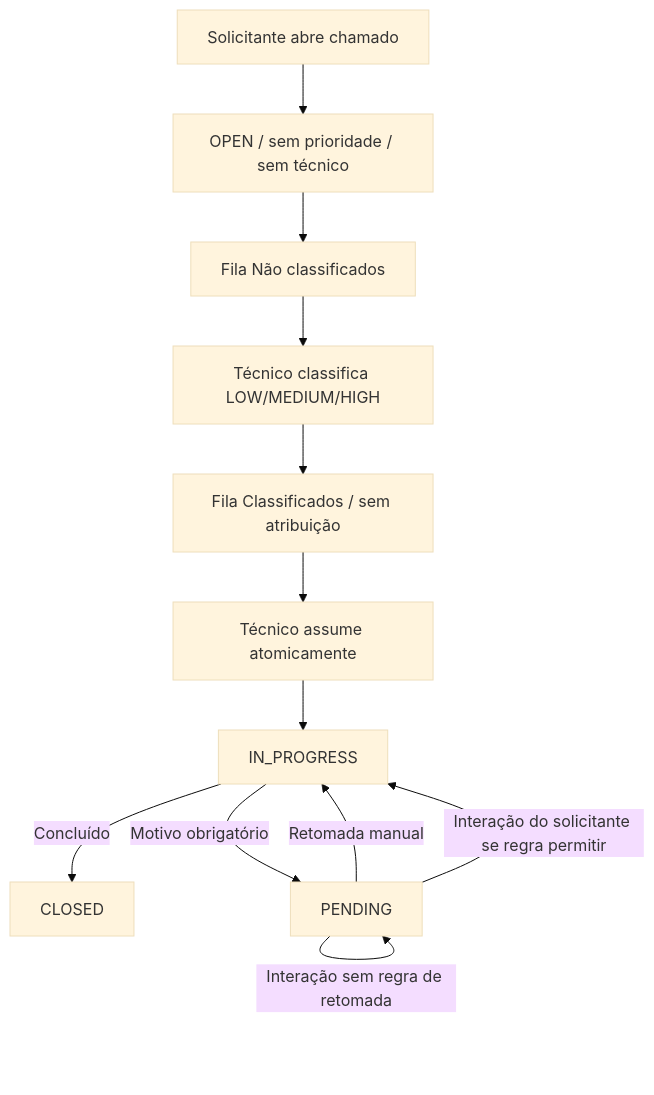
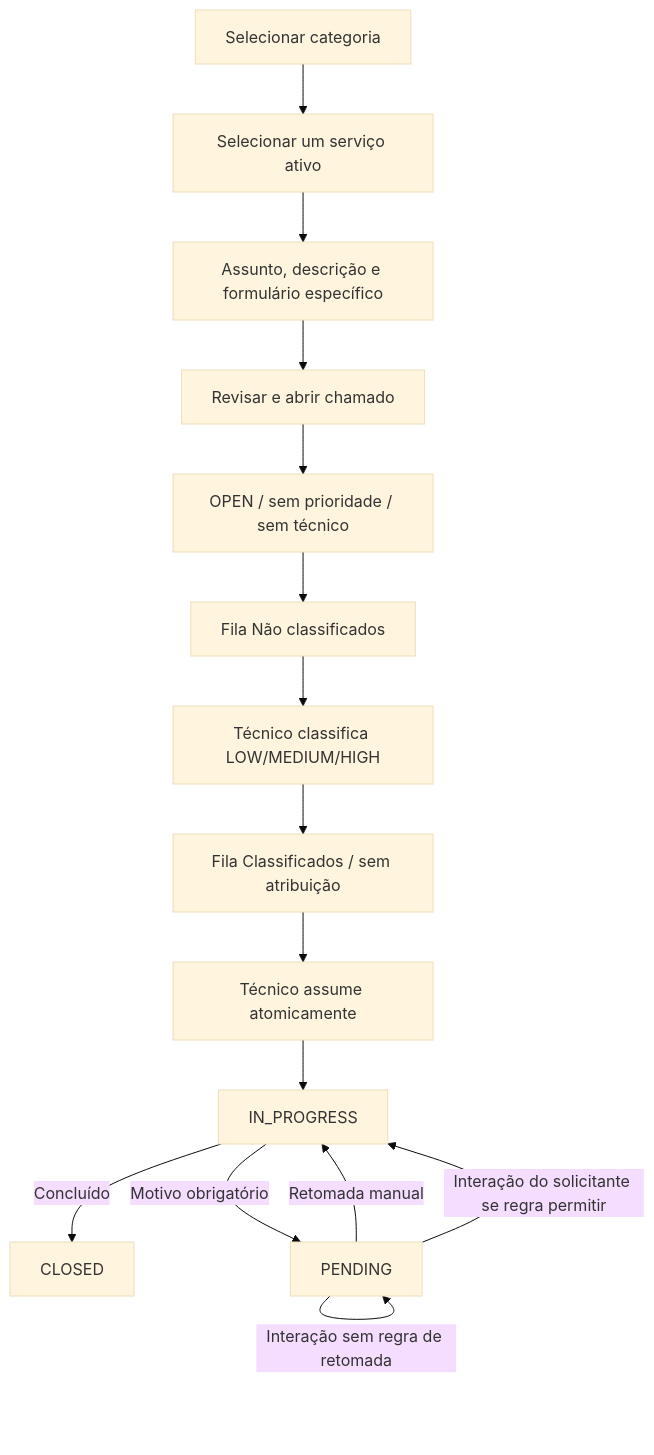
Before and after one commit to joaoMia/helpdesk: the diagram in docs/diagramas/fluxo-chamado.mmd, drawn with Mermaid (base theme). The commit also changed 72 other files, not shown here.

```diff
--- a/docs/diagramas/fluxo-chamado.mmd
+++ b/docs/diagramas/fluxo-chamado.mmd
@@ -1,12 +1,15 @@
 flowchart TD
-  A[Solicitante abre chamado] --> B[OPEN / sem prioridade / sem técnico]
+  CATEGORIA[Selecionar categoria] --> SERVICO[Selecionar um serviço ativo]
+  SERVICO --> FORM[Assunto, descrição e formulário específico]
+  FORM --> A[Revisar e abrir chamado]
+  A --> B[OPEN / sem prioridade / sem técnico]
   B --> C[Fila Não classificados]
   C --> D[Técnico classifica LOW/MEDIUM/HIGH]
   D --> E[Fila Classificados / sem atribuição]
   E --> F[Técnico assume atomicamente]
   F --> G[IN_PROGRESS]
   G -->|Concluído| Z[CLOSED]
   G -->|Motivo obrigatório| H[PENDING]
   H -->|Retomada manual| G
   H -->|Interação do solicitante se regra permitir| G
   H -->|Interação sem regra de retomada| H
```
